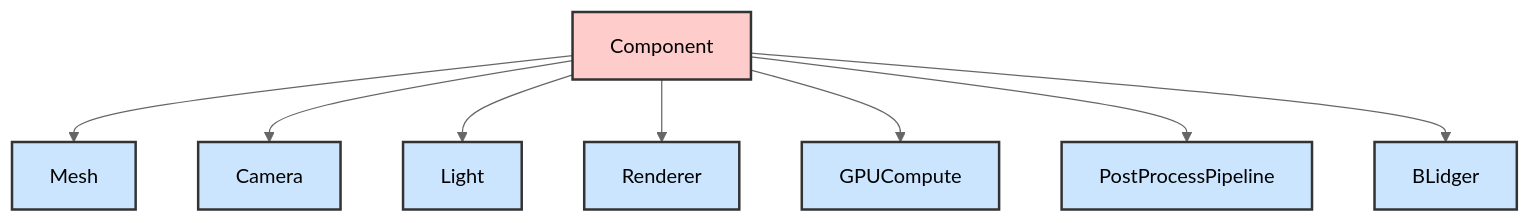
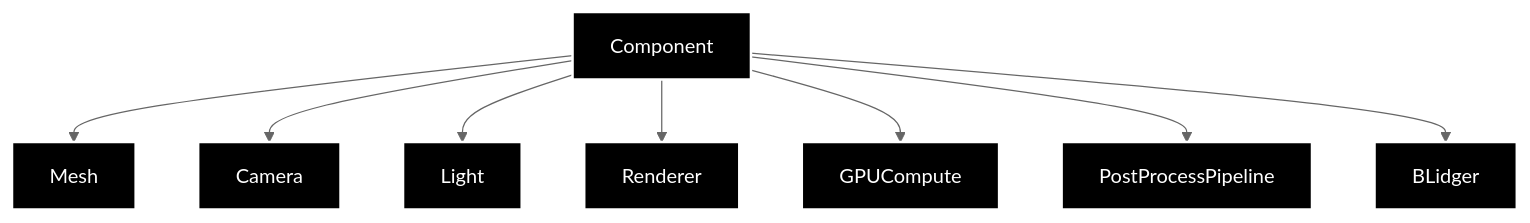
Before and after one commit to ukonpower/OREngine: the second of 3 diagrams in docs/core/components.md, drawn with Mermaid (neutral theme). The commit also changed 5 other files, not shown here.

Commit message:
docs: switch diagrams to dark theme

````diff
--- a/docs/core/components.md
+++ b/docs/core/components.md
@@ -45,20 +45,20 @@
 ```mermaid
 graph TB
     C[Component]
     C --> M[Mesh]
     C --> CM[Camera]
     C --> L[Light]
     C --> R[Renderer]
     C --> G[GPUCompute]
     C --> P[PostProcessPipeline]
     C --> B[BLidger]
 
-    style C fill:#ffcccc,stroke:#333,stroke-width:2px
-    style M fill:#cce5ff,stroke:#333,stroke-width:2px
-    style CM fill:#cce5ff,stroke:#333,stroke-width:2px
-    style L fill:#cce5ff,stroke:#333,stroke-width:2px
-    style R fill:#cce5ff,stroke:#333,stroke-width:2px
-    style G fill:#cce5ff,stroke:#333,stroke-width:2px
-    style P fill:#cce5ff,stroke:#333,stroke-width:2px
-    style B fill:#cce5ff,stroke:#333,stroke-width:2px
+    style C fill:#000,stroke:#fff,color:#fff,stroke-width:2px
+    style M fill:#000,stroke:#fff,color:#fff,stroke-width:2px
+    style CM fill:#000,stroke:#fff,color:#fff,stroke-width:2px
+    style L fill:#000,stroke:#fff,color:#fff,stroke-width:2px
+    style R fill:#000,stroke:#fff,color:#fff,stroke-width:2px
+    style G fill:#000,stroke:#fff,color:#fff,stroke-width:2px
+    style P fill:#000,stroke:#fff,color:#fff,stroke-width:2px
+    style B fill:#000,stroke:#fff,color:#fff,stroke-width:2px
 ```
````
